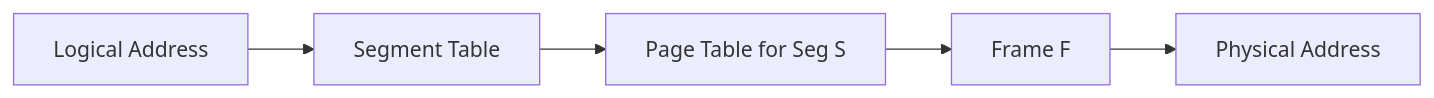
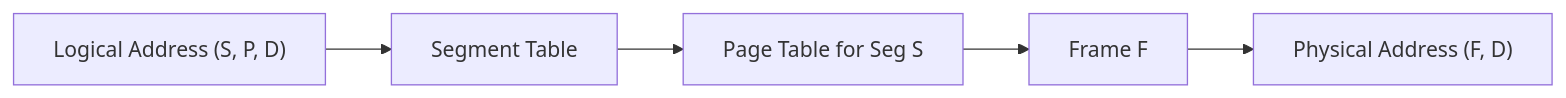
One commit to Nathan0820/vault changed the fourth of 5 diagrams in content/CS2106/L8.md. Above: the diagram before and after it, drawn with Mermaid. The commit also changed other lines of this file and 2 other files, not shown here.

````diff
--- a/content/CS2106/L8.md
+++ b/content/CS2106/L8.md
@@ -146,7 +146,7 @@
 ```mermaid
 graph LR
-    LA["Logical Address <S, P, D>"] --> ST[Segment Table]
+    LA["Logical Address (S, P, D)"] --> ST[Segment Table]
     ST --> PT["Page Table for Seg S"]
     PT --> Frame["Frame F"]
-    Frame --> PA["Physical Address <F, D>"]
+    Frame --> PA["Physical Address (F, D)"]
 ```
````
